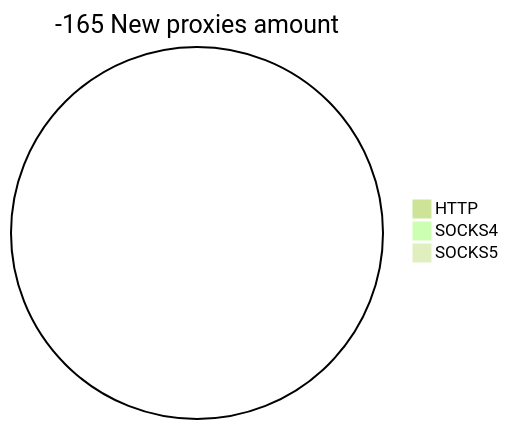
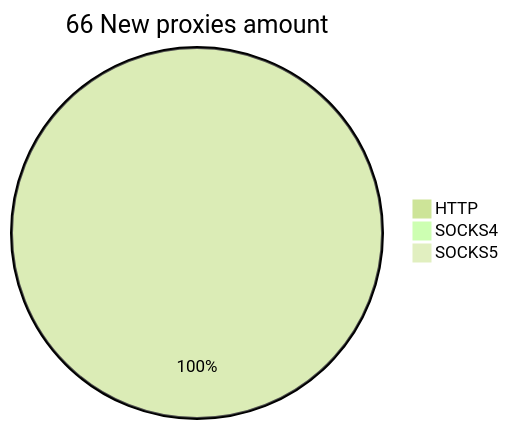
Before and after one commit to cutipu/proxylist: the second of 2 diagrams in README.md, drawn with Mermaid (forest theme). The commit also changed other lines of this file, not shown here.

````diff
--- a/README.md
+++ b/README.md
@@ -10,6 +10,6 @@
 ```mermaid
-pie title -165 New proxies amount
-    "HTTP" : 0
+pie title 66 New proxies amount
+    "HTTP" : 166
     "SOCKS4" : 0
     "SOCKS5" : 0
 ```
````
